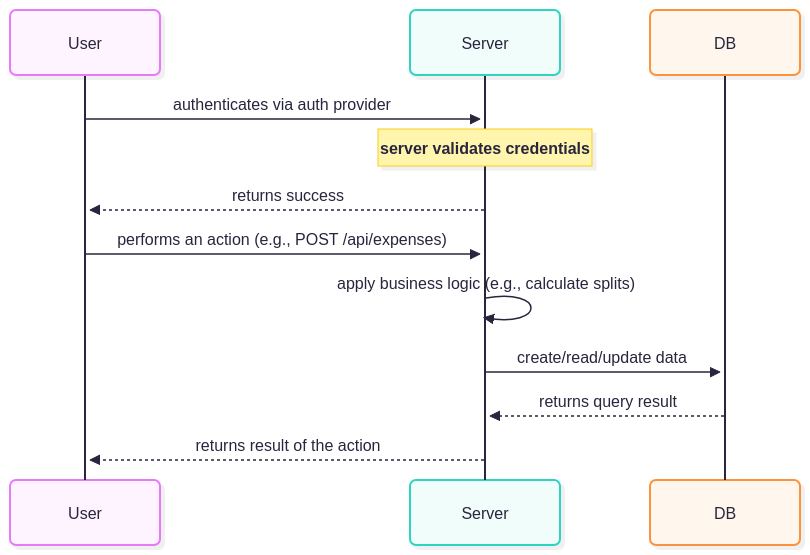
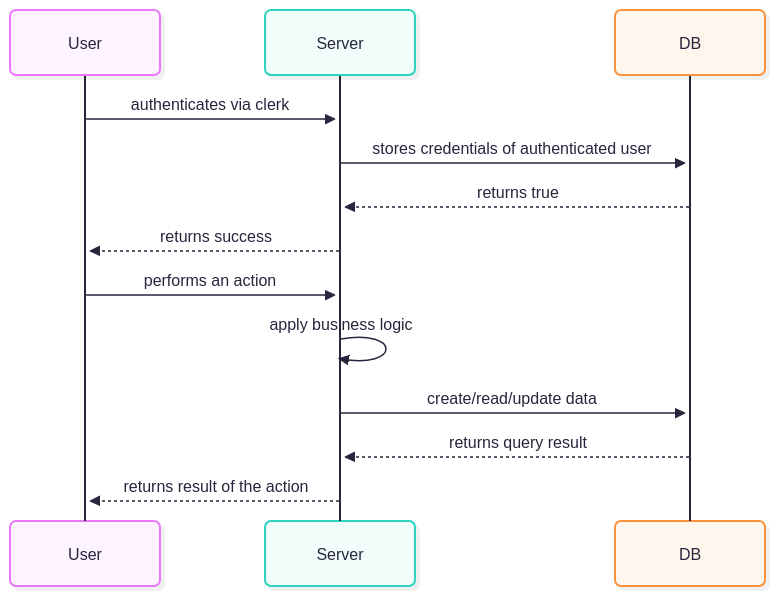
The diagram in mermaid/fairshare/fs-high-arch.mmd (addy118/portfolio), drawn with Mermaid before and after one commit. The commit also changed 14 other files, not shown here.

Commit message:
feat: add fairshare seq diagrams

```diff
--- a/mermaid/fairshare/fs-high-arch.mmd
+++ b/mermaid/fairshare/fs-high-arch.mmd
@@ -1,22 +1,23 @@
 ---
 config:
   theme: redux-color
   look: neo
 ---
 sequenceDiagram
     participant User 
     participant Server
     participant DB 
     
     %% --- 1. User Authentication --- %%
-    User->>Server: authenticates via auth provider
-    note over Server: server validates credentials
+    User->>Server: authenticates via clerk
+    Server->>DB: stores credentials of authenticated user
+    DB-->>Server: returns true
     Server-->>User: returns success
 
 
     %% --- 2. Core Application Action (e.g., creating an expense) --- %%
-    User->>Server: performs an action (e.g., POST /api/expenses)
-    Server->>Server: apply business logic (e.g., calculate splits)
+    User->>Server: performs an action 
+    Server->>Server: apply business logic 
     Server->>DB: create/read/update data
     DB-->>Server: returns query result
     Server-->>User: returns result of the action
```
